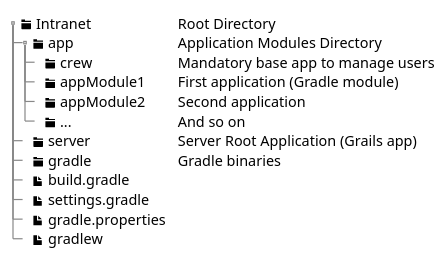
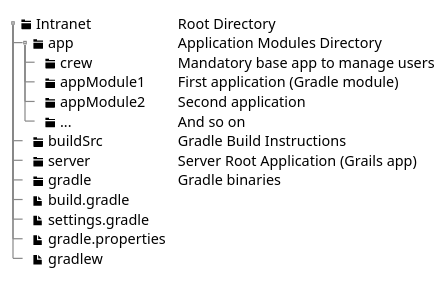
The first of 2 diagrams in asciidoc/doc/Concepts/Modular.adoc (Taack/taack-website-content), drawn with PlantUML before and after one commit. The commit also changed other lines of this file, not shown here.

Commit message:
fix folder names

```diff
--- a/asciidoc/doc/Concepts/Modular.adoc
+++ b/asciidoc/doc/Concepts/Modular.adoc
@@ -11,22 +11,22 @@
 [plantuml, format="svg", opts="inline"]
 ----
 @startsalt
 {
 {T
 + <&folder> Intranet | Root Directory
 ++ <&folder> app    | Application Modules Directory
 +++ <&folder> crew  | Mandatory base app to manage users
 +++ <&folder> appModule1  | First application (Gradle module)
 +++ <&folder> appModule2  | Second application
 +++ <&folder> ...   | And so on
+++ <&folder> buildSrc | Gradle Build Instructions
 ++ <&folder> server | Server Root Application (Grails app)
 ++ <&folder> gradle           | Gradle binaries
 ++ <&file> build.gradle
 ++ <&file> settings.gradle
 ++ <&file> gradle.properties
 ++ <&file> gradlew
 }
 }
-
 @endsalt
 ----
```
